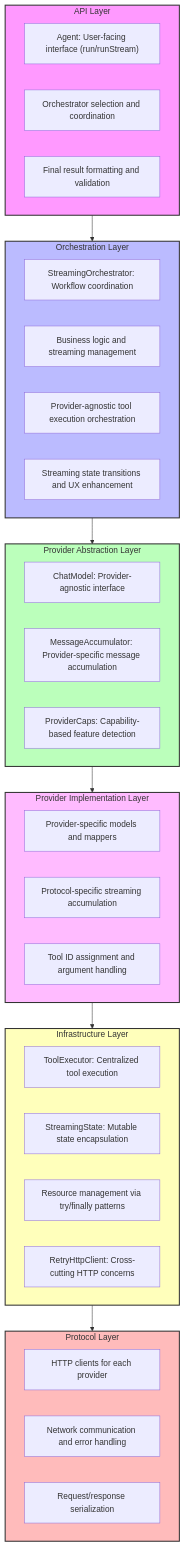
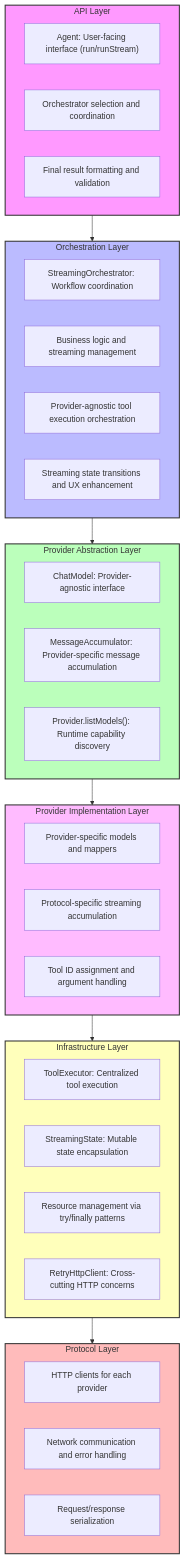
Before and after one commit to csells/dartantic_ai: the first of 5 diagrams in wiki/Streaming-Tool-Call-Architecture.md, drawn with Mermaid. The commit also changed other lines of this file and 85 other files, not shown here.

````diff
--- a/wiki/Streaming-Tool-Call-Architecture.md
+++ b/wiki/Streaming-Tool-Call-Architecture.md
@@ -19,53 +19,53 @@
 ```mermaid
 flowchart TB
     subgraph API["API Layer"]
         A1["Agent: User-facing interface (run/runStream)"]
         A2["Orchestrator selection and coordination"]
         A3["Final result formatting and validation"]
     end
     
     subgraph ORCH["Orchestration Layer"]
         O1["StreamingOrchestrator: Workflow coordination"]
         O2["Business logic and streaming management"]
         O3["Provider-agnostic tool execution orchestration"]
         O4["Streaming state transitions and UX enhancement"]
     end
     
     subgraph PABS["Provider Abstraction Layer"]
         P1["ChatModel: Provider-agnostic interface"]
         P2["MessageAccumulator: Provider-specific message accumulation"]
-        P3["ProviderCaps: Capability-based feature detection"]
+        P3["Provider.listModels(): Runtime capability discovery"]
     end
     
     subgraph PIMP["Provider Implementation Layer"]
         I1["Provider-specific models and mappers"]
         I2["Protocol-specific streaming accumulation"]
         I3["Tool ID assignment and argument handling"]
     end
     
     subgraph INFRA["Infrastructure Layer"]
         N1["ToolExecutor: Centralized tool execution"]
         N2["StreamingState: Mutable state encapsulation"]
         N3["Resource management via try/finally patterns"]
         N4["RetryHttpClient: Cross-cutting HTTP concerns"]
     end
     
     subgraph PROTO["Protocol Layer"]
         R1["HTTP clients for each provider"]
         R2["Network communication and error handling"]
         R3["Request/response serialization"]
     end
     
     API --> ORCH
     ORCH --> PABS
     PABS --> PIMP
     PIMP --> INFRA
     INFRA --> PROTO
     
     style API fill:#f9f,stroke:#333,stroke-width:2px
     style ORCH fill:#bbf,stroke:#333,stroke-width:2px
     style PABS fill:#bfb,stroke:#333,stroke-width:2px
     style PIMP fill:#fbf,stroke:#333,stroke-width:2px
     style INFRA fill:#ffb,stroke:#333,stroke-width:2px
     style PROTO fill:#fbb,stroke:#333,stroke-width:2px
 ```
````
